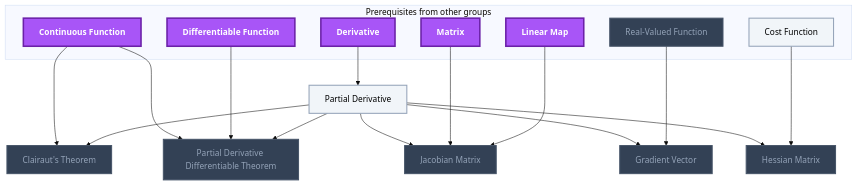
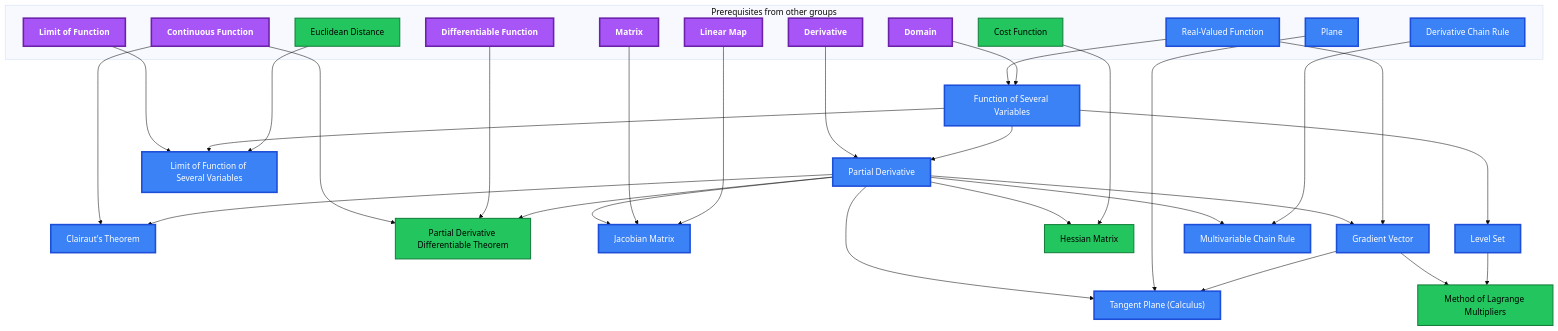
The tenth of 13 diagrams in Gamification/Skill Trees/Calculus.md (MRauf1/My-Notes), drawn with Mermaid (base theme) before and after one commit. The commit also changed other lines of this file and 145 other files, not shown here.

````diff
--- a/Gamification/Skill Trees/Calculus.md
+++ b/Gamification/Skill Trees/Calculus.md
@@ -753,44 +823,69 @@
 ```mermaid
 flowchart TD
     classDef planned fill:#1E293B,stroke:#64748B,stroke-width:2px,stroke-dasharray:5 5,color:#94A3B8;
     classDef locked fill:#334155,stroke:#475569,stroke-width:2px,color:#94A3B8;
     classDef L0 fill:#F1F5F9,stroke:#94A3B8,stroke-width:2px,color:#000000;
     classDef L1 fill:#22C55E,stroke:#15803D,stroke-width:2px,color:#000000;
     classDef L2 fill:#3B82F6,stroke:#1D4ED8,stroke-width:3px,color:#FFFFFF;
     classDef L3 fill:#A855F7,stroke:#6B21A8,stroke-width:3px,color:#FFFFFF,font-weight:bold;
     classDef L4 fill:#F97316,stroke:#C2410C,stroke-width:4px,color:#000000,font-weight:bold;
     classDef L5 fill:#FFD700,stroke:#FF8C00,stroke-width:5px,color:#000000,font-weight:bold;
     classDef rusty stroke:#8B4513,stroke-width:4px,stroke-dasharray:3 3;
     subgraph sg_prereqs["Prerequisites from other groups"]
         n_derivative["Derivative"]
         n_continuous_function["Continuous Function"]
         n_differentiable_function["Differentiable Function"]
         n_matrix["Matrix"]
         n_linear_map["Linear Map"]
         n_real_valued_function["Real-Valued Function"]
         n_cost_function["Cost Function"]
+        n_domain["Domain"]
+        n_limit_of_function["Limit of Function"]
+        n_euclidean_distance["Euclidean Distance"]
+        n_derivative_chain_rule["Derivative Chain Rule"]
+        n_plane["Plane"]
     end
     n_partial_derivative["Partial Derivative"]
     n_clairaut_s_theorem["Clairaut's Theorem"]
     n_partial_derivative_differentiable_theorem["Partial Derivative Differentiable Theorem"]
     n_jacobian_matrix["Jacobian Matrix"]
     n_gradient_vector["Gradient Vector"]
     n_hessian_matrix["Hessian Matrix"]
+    n_function_of_several_variables["Function of Several Variables"]
+    n_level_set["Level Set"]
+    n_limit_of_function_of_several_variables["Limit of Function of Several Variables"]
+    n_multivariable_chain_rule["Multivariable Chain Rule"]
+    n_tangent_plane_calculus["Tangent Plane (Calculus)"]
+    n_method_of_lagrange_multipliers["Method of Lagrange Multipliers"]
     n_derivative --> n_partial_derivative
     n_continuous_function --> n_clairaut_s_theorem
     n_partial_derivative --> n_clairaut_s_theorem
     n_continuous_function --> n_partial_derivative_differentiable_theorem
     n_differentiable_function --> n_partial_derivative_differentiable_theorem
     n_partial_derivative --> n_partial_derivative_differentiable_theorem
     n_partial_derivative --> n_jacobian_matrix
     n_matrix --> n_jacobian_matrix
     n_linear_map --> n_jacobian_matrix
     n_partial_derivative --> n_gradient_vector
     n_real_valued_function --> n_gradient_vector
     n_partial_derivative --> n_hessian_matrix
     n_cost_function --> n_hessian_matrix
-    class n_real_valued_function,n_clairaut_s_theorem,n_partial_derivative_differentiable_theorem,n_jacobian_matrix,n_gradient_vector,n_hessian_matrix locked;
-    class n_cost_function,n_partial_derivative L0;
-    class n_derivative,n_continuous_function,n_differentiable_function,n_matrix,n_linear_map L3;
-    class n_derivative,n_continuous_function,n_differentiable_function,n_matrix,n_linear_map,n_real_valued_function,n_cost_function,n_partial_derivative,n_clairaut_s_theorem,n_partial_derivative_differentiable_theorem,n_jacobian_matrix,n_gradient_vector,n_hessian_matrix internal-link;
+    n_real_valued_function --> n_function_of_several_variables
+    n_domain --> n_function_of_several_variables
+    n_function_of_several_variables --> n_level_set
+    n_limit_of_function --> n_limit_of_function_of_several_variables
+    n_function_of_several_variables --> n_limit_of_function_of_several_variables
+    n_euclidean_distance --> n_limit_of_function_of_several_variables
+    n_partial_derivative --> n_multivariable_chain_rule
+    n_derivative_chain_rule --> n_multivariable_chain_rule
+    n_partial_derivative --> n_tangent_plane_calculus
+    n_plane --> n_tangent_plane_calculus
+    n_gradient_vector --> n_tangent_plane_calculus
+    n_gradient_vector --> n_method_of_lagrange_multipliers
+    n_level_set --> n_method_of_lagrange_multipliers
+    n_function_of_several_variables --> n_partial_derivative
+    class n_cost_function,n_euclidean_distance,n_partial_derivative_differentiable_theorem,n_hessian_matrix,n_method_of_lagrange_multipliers L1;
+    class n_real_valued_function,n_derivative_chain_rule,n_plane,n_partial_derivative,n_clairaut_s_theorem,n_jacobian_matrix,n_gradient_vector,n_function_of_several_variables,n_level_set,n_limit_of_function_of_several_variables,n_multivariable_chain_rule,n_tangent_plane_calculus L2;
+    class n_derivative,n_continuous_function,n_differentiable_function,n_matrix,n_linear_map,n_domain,n_limit_of_function L3;
+    class n_derivative,n_continuous_function,n_differentiable_function,n_matrix,n_linear_map,n_real_valued_function,n_cost_function,n_domain,n_limit_of_function,n_euclidean_distance,n_derivative_chain_rule,n_plane,n_partial_derivative,n_clairaut_s_theorem,n_partial_derivative_differentiable_theorem,n_jacobian_matrix,n_gradient_vector,n_hessian_matrix,n_function_of_several_variables,n_level_set,n_limit_of_function_of_several_variables,n_multivariable_chain_rule,n_tangent_plane_calculus,n_method_of_lagrange_multipliers internal-link;
 ```
````
